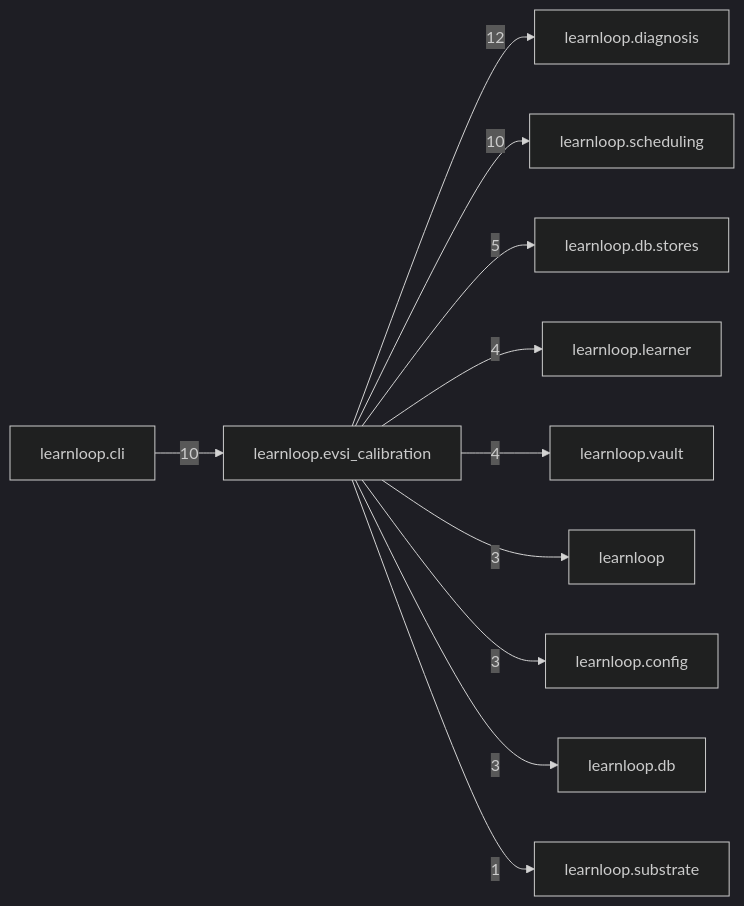
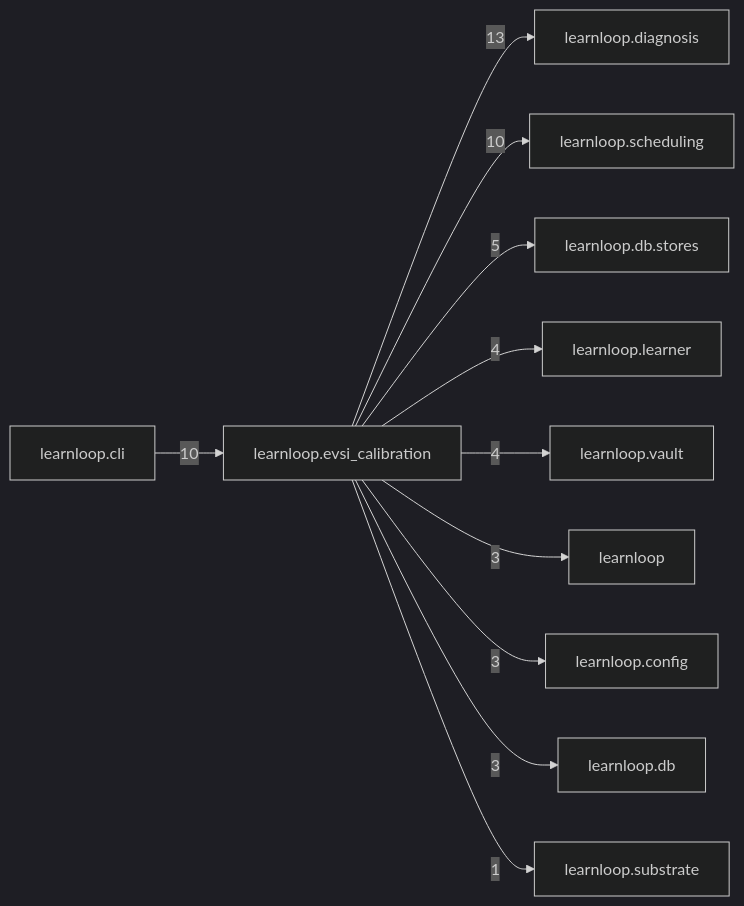
Before and after one commit to 6up-b/learnanything: the diagram in docs/learnloop-architecture-vault/Reference/Modules/learnloop/evsi_calibration/_package.md, drawn with Mermaid (dark theme). The commit also changed other lines of this file and 29 other files, not shown here.

````diff
--- a/docs/learnloop-architecture-vault/Reference/Modules/learnloop/evsi_calibration/_package.md
+++ b/docs/learnloop-architecture-vault/Reference/Modules/learnloop/evsi_calibration/_package.md
@@ -102,24 +102,24 @@
 ```mermaid
 flowchart LR
     center["learnloop.evsi_calibration"]
     n_learnloop_diagnosis["learnloop.diagnosis"]
     n_learnloop_cli["learnloop.cli"]
     n_learnloop_scheduling["learnloop.scheduling"]
     n_learnloop_db_stores["learnloop.db.stores"]
     n_learnloop_learner["learnloop.learner"]
     n_learnloop_vault["learnloop.vault"]
     n_learnloop["learnloop"]
     n_learnloop_config["learnloop.config"]
     n_learnloop_db["learnloop.db"]
     n_learnloop_substrate["learnloop.substrate"]
-    center -->|12| n_learnloop_diagnosis
+    center -->|13| n_learnloop_diagnosis
     n_learnloop_cli -->|10| center
     center -->|10| n_learnloop_scheduling
     center -->|5| n_learnloop_db_stores
     center -->|4| n_learnloop_learner
     center -->|4| n_learnloop_vault
     center -->|3| n_learnloop
     center -->|3| n_learnloop_config
     center -->|3| n_learnloop_db
     center -->|1| n_learnloop_substrate
 ```
````
